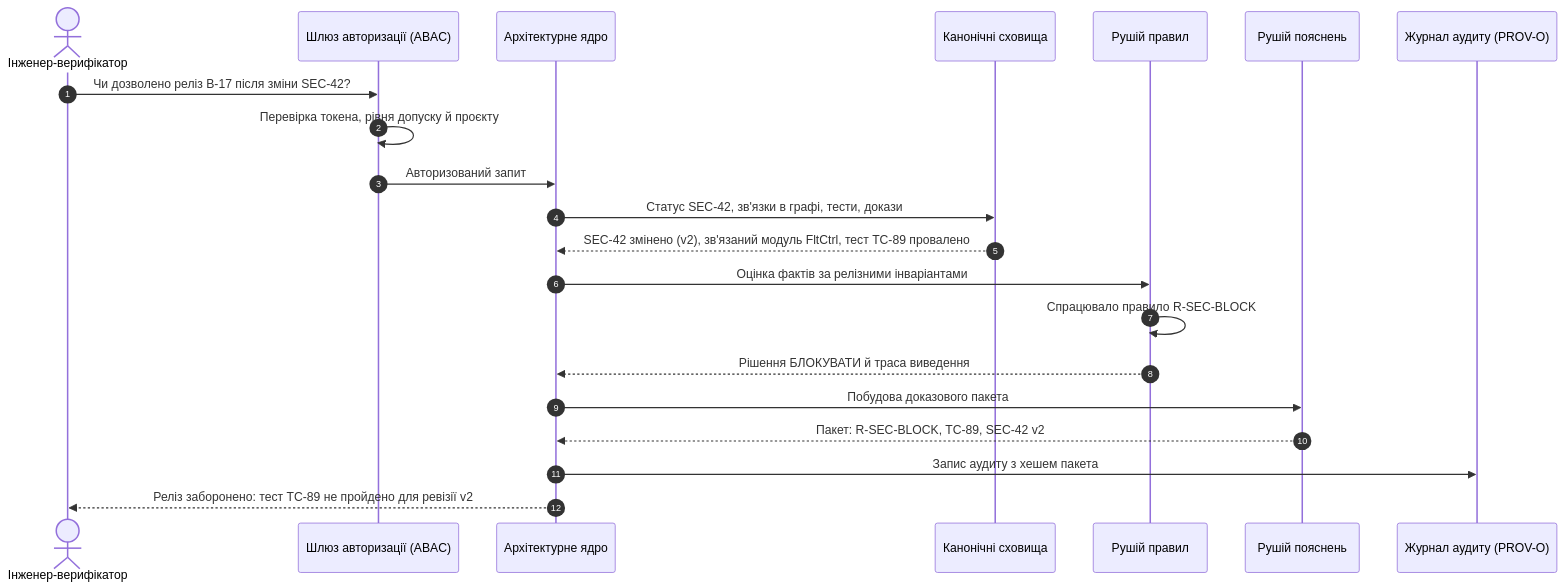
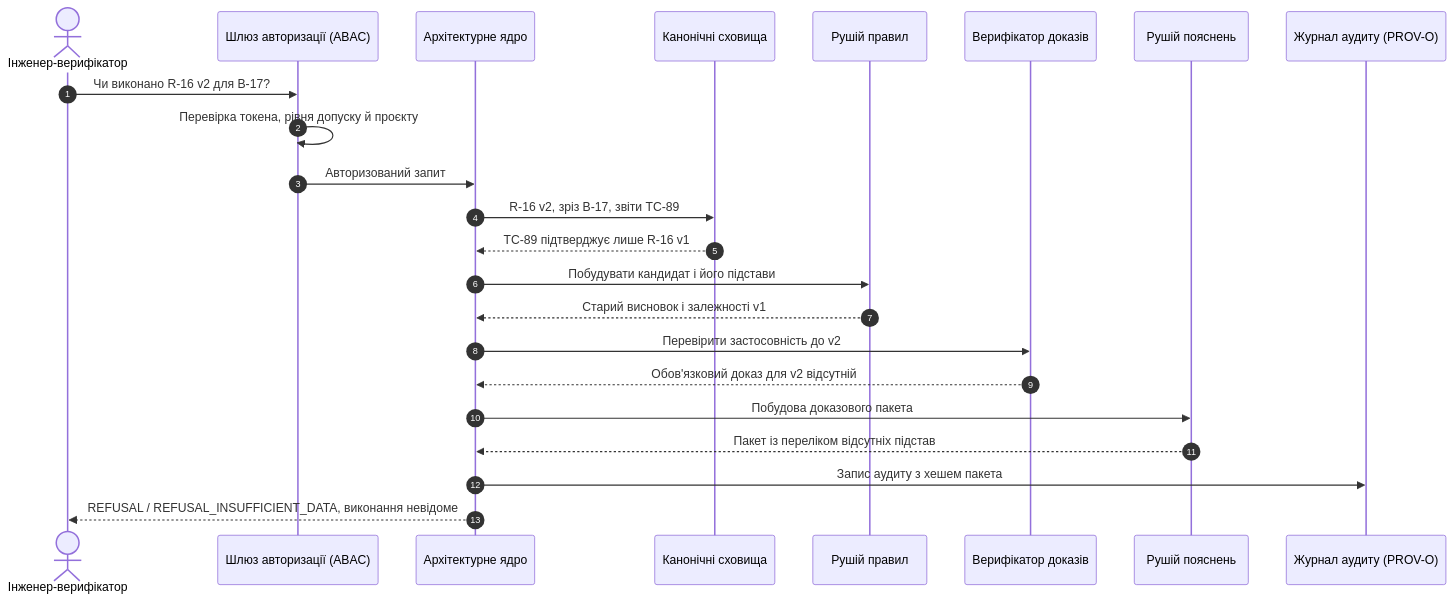
The third of 5 diagrams in ExpertSystem/ch16-expert-systems-architecture.md (nick-fedchik/articles), drawn with Mermaid before and after one commit. The commit also changed other lines of this file and 7 other files, not shown here.

````diff
--- a/ExpertSystem/ch16-expert-systems-architecture.md
+++ b/ExpertSystem/ch16-expert-systems-architecture.md
@@ -285,27 +345,29 @@
 ```mermaid
 sequenceDiagram
-    accTitle: Обробка запиту про дозвіл релізу B-17
-    accDescr: Запит інженера проходить авторизацію, вибірку фактів, оцінку правил, побудову доказового пакета й запис у журнал аудиту.
+    accTitle: Перевірка R-16 для випуску B-17 після зміни ревізії
+    accDescr: Після перевірки доступу рушій знаходить лише старий звіт; окремий верифікатор відхиляє перенесення доказу на нову ревізію, а журнал фіксує відмову через неповні дані.
 
     autonumber
     actor Eng as Інженер-верифікатор
     participant Sec as Шлюз авторизації (ABAC)
     participant Core as Архітектурне ядро
     participant Rep as Канонічні сховища
     participant Rules as Рушій правил
+    participant Verify as Верифікатор доказів
     participant Expl as Рушій пояснень
     participant Audit as Журнал аудиту (PROV-O)
 
-    Eng->>Sec: Чи дозволено реліз B-17 після зміни SEC-42?
+    Eng->>Sec: Чи виконано R-16 v2 для B-17?
     Sec->>Sec: Перевірка токена, рівня допуску й проєкту
     Sec->>Core: Авторизований запит
-    Core->>Rep: Статус SEC-42, зв'язки в графі, тести, докази
-    Rep-->>Core: SEC-42 змінено (v2), зв'язаний модуль FltCtrl, тест TC-89 провалено
-    Core->>Rules: Оцінка фактів за релізними інваріантами
-    Rules->>Rules: Спрацювало правило R-SEC-BLOCK
-    Rules-->>Core: Рішення БЛОКУВАТИ й траса виведення
+    Core->>Rep: R-16 v2, зріз B-17, звіти TC-89
+    Rep-->>Core: TC-89 підтверджує лише R-16 v1
+    Core->>Rules: Побудувати кандидат і його підстави
+    Rules-->>Core: Старий висновок і залежності v1
+    Core->>Verify: Перевірити застосовність до v2
+    Verify-->>Core: Обов'язковий доказ для v2 відсутній
     Core->>Expl: Побудова доказового пакета
-    Expl-->>Core: Пакет: R-SEC-BLOCK, TC-89, SEC-42 v2
+    Expl-->>Core: Пакет із переліком відсутніх підстав
     Core->>Audit: Запис аудиту з хешем пакета
-    Core-->>Eng: Реліз заборонено: тест TC-89 не пройдено для ревізії v2
+    Core-->>Eng: REFUSAL / REFUSAL_INSUFFICIENT_DATA, виконання невідоме
 ```
````
